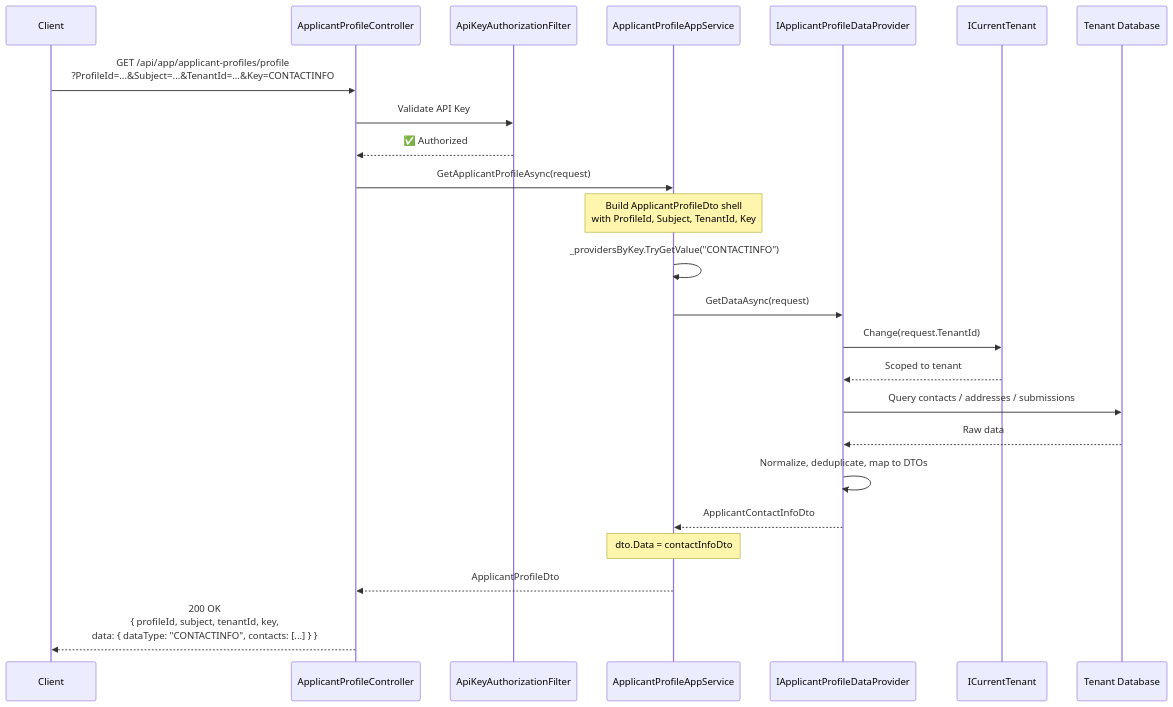
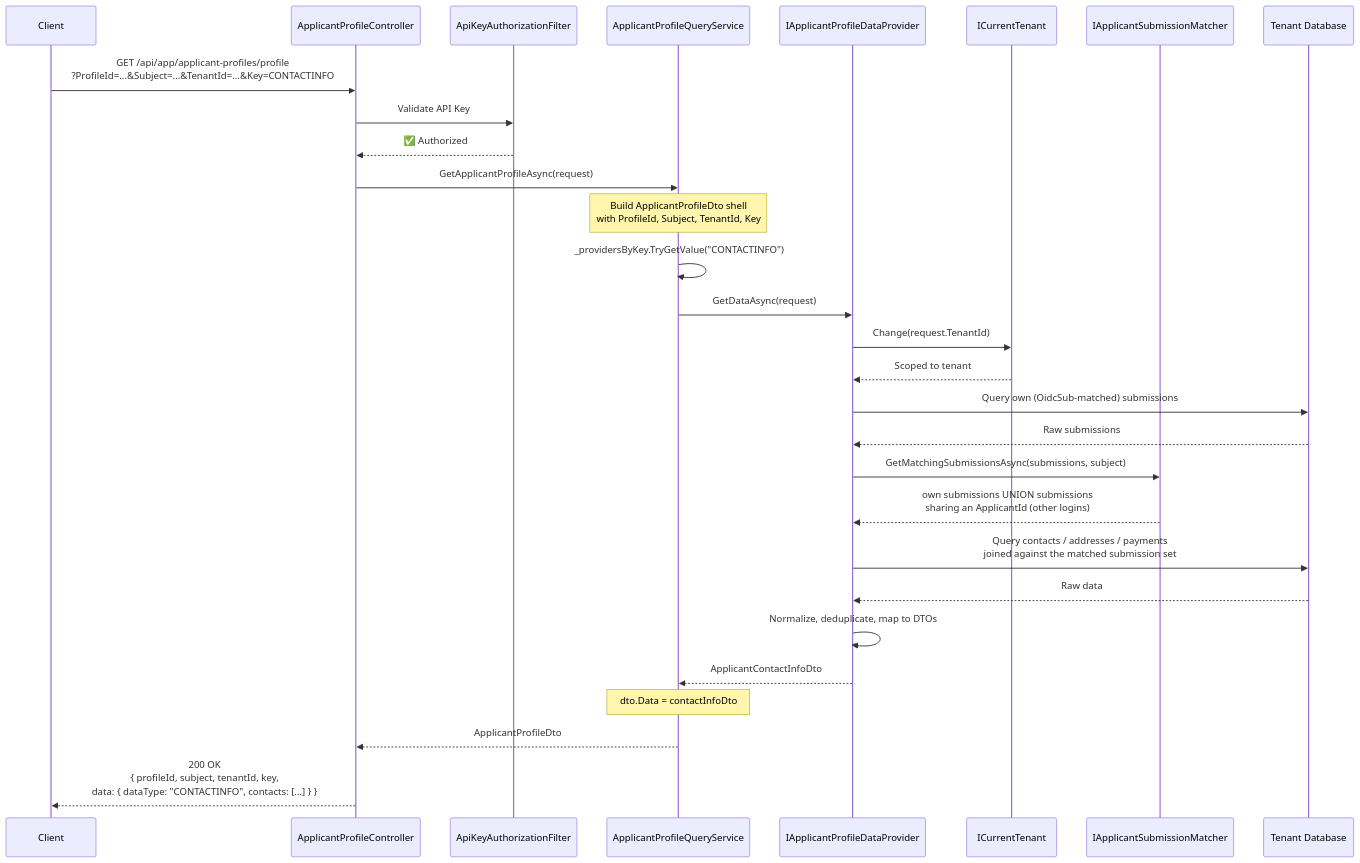
Before and after one commit to bcgov/Unity: the ninth of 9 diagrams in documentation/applicant-portal/applicant-profile-data-providers.md, drawn with Mermaid. The commit also changed other lines of this file and 20 other files, not shown here.

Commit message:
AB#34061 linked tenant records for portal profile

````diff
--- a/documentation/applicant-portal/applicant-profile-data-providers.md
+++ b/documentation/applicant-portal/applicant-profile-data-providers.md
@@ -612,34 +705,39 @@
 ```mermaid
 sequenceDiagram
     participant Client
     participant Controller as ApplicantProfileController
     participant AuthFilter as ApiKeyAuthorizationFilter
-    participant AppService as ApplicantProfileAppService
+    participant Svc as ApplicantProfileQueryService
     participant Provider as IApplicantProfileDataProvider
     participant TenantCtx as ICurrentTenant
+    participant Matcher as IApplicantSubmissionMatcher
     participant DB as Tenant Database
 
     Client->>Controller: GET /api/app/applicant-profiles/profile<br/>?ProfileId=...&Subject=...&TenantId=...&Key=CONTACTINFO
     Controller->>AuthFilter: Validate API Key
     AuthFilter-->>Controller: ✅ Authorized
-    Controller->>AppService: GetApplicantProfileAsync(request)
+    Controller->>Svc: GetApplicantProfileAsync(request)
     
-    Note over AppService: Build ApplicantProfileDto shell<br/>with ProfileId, Subject, TenantId, Key
+    Note over Svc: Build ApplicantProfileDto shell<br/>with ProfileId, Subject, TenantId, Key
     
-    AppService->>AppService: _providersByKey.TryGetValue("CONTACTINFO")
-    AppService->>Provider: GetDataAsync(request)
+    Svc->>Svc: _providersByKey.TryGetValue("CONTACTINFO")
+    Svc->>Provider: GetDataAsync(request)
     
     Provider->>TenantCtx: Change(request.TenantId)
     TenantCtx-->>Provider: Scoped to tenant
     
-    Provider->>DB: Query contacts / addresses / submissions
+    Provider->>DB: Query own (OidcSub-matched) submissions
+    DB-->>Provider: Raw submissions
+    Provider->>Matcher: GetMatchingSubmissionsAsync(submissions, subject)
+    Matcher-->>Provider: own submissions UNION submissions<br/>sharing an ApplicantId (other logins)
+    Provider->>DB: Query contacts / addresses / payments<br/>joined against the matched submission set
     DB-->>Provider: Raw data
     
     Provider->>Provider: Normalize, deduplicate, map to DTOs
-    Provider-->>AppService: ApplicantContactInfoDto
+    Provider-->>Svc: ApplicantContactInfoDto
     
-    Note over AppService: dto.Data = contactInfoDto
+    Note over Svc: dto.Data = contactInfoDto
     
-    AppService-->>Controller: ApplicantProfileDto
+    Svc-->>Controller: ApplicantProfileDto
     Controller-->>Client: 200 OK<br/>{ profileId, subject, tenantId, key,<br/>  data: { dataType: "CONTACTINFO", contacts: [...] } }
 ```
````
